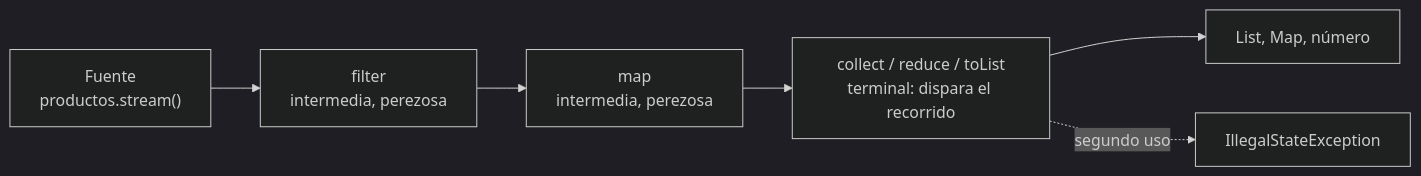
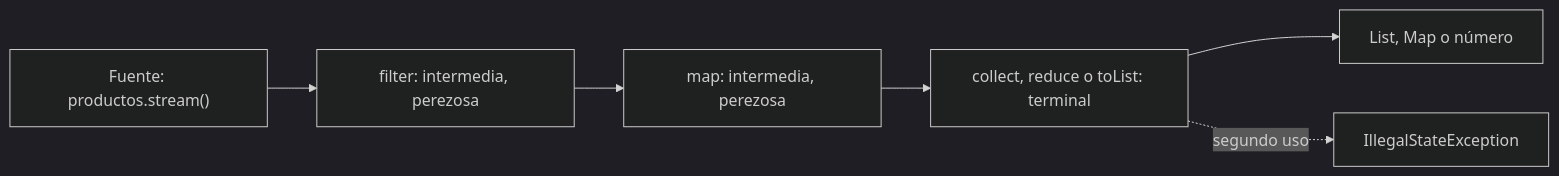
One commit to NICORUIZ93/The_Imperial_Book changed the first of 4 diagrams in web/public/content/java/modulo-4.md. Above: the diagram before and after it, drawn with Mermaid (dark theme). The commit also changed other lines of this file and 65 other files, not shown here.

````diff
--- a/web/public/content/java/modulo-4.md
+++ b/web/public/content/java/modulo-4.md
@@ -162,8 +217,8 @@
 ```mermaid
 flowchart LR
-  F["Fuente<br/>productos.stream()"] --> I1["filter<br/>intermedia, perezosa"]
-  I1 --> I2["map<br/>intermedia, perezosa"]
-  I2 --> T["collect / reduce / toList<br/>terminal: dispara el recorrido"]
-  T --> R["List, Map, número"]
+  F["Fuente: productos.stream()"] --> I1["filter: intermedia, perezosa"]
+  I1 --> I2["map: intermedia, perezosa"]
+  I2 --> T["collect, reduce o toList: terminal"]
+  T --> R["List, Map o número"]
   T -.->|"segundo uso"| X["IllegalStateException"]
 ```
````
